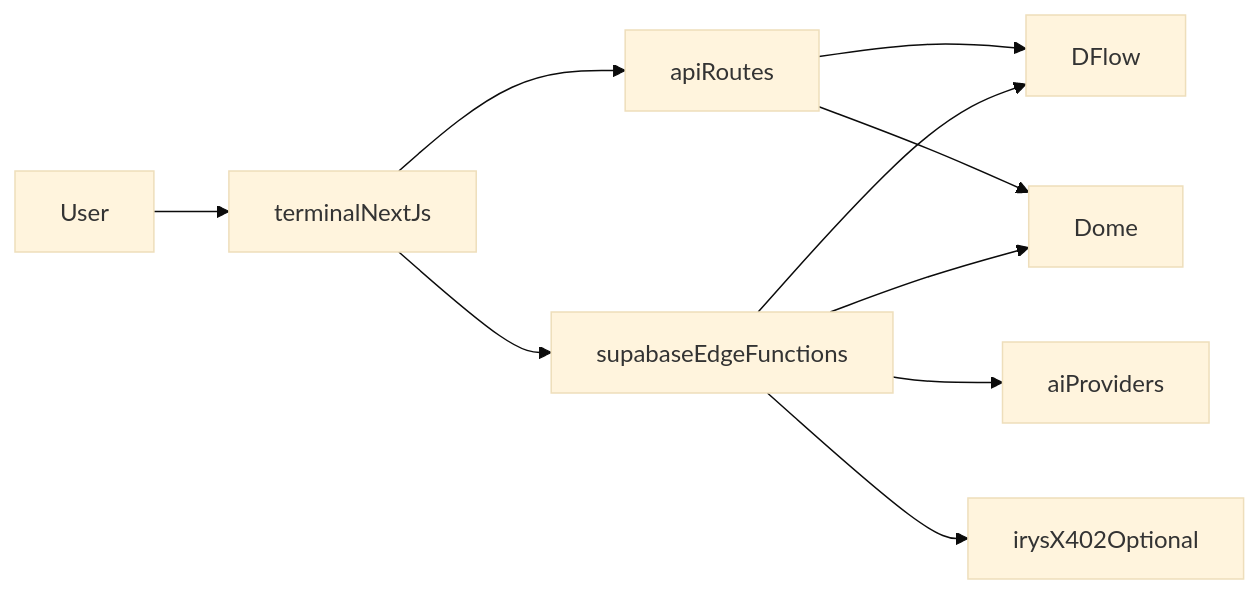
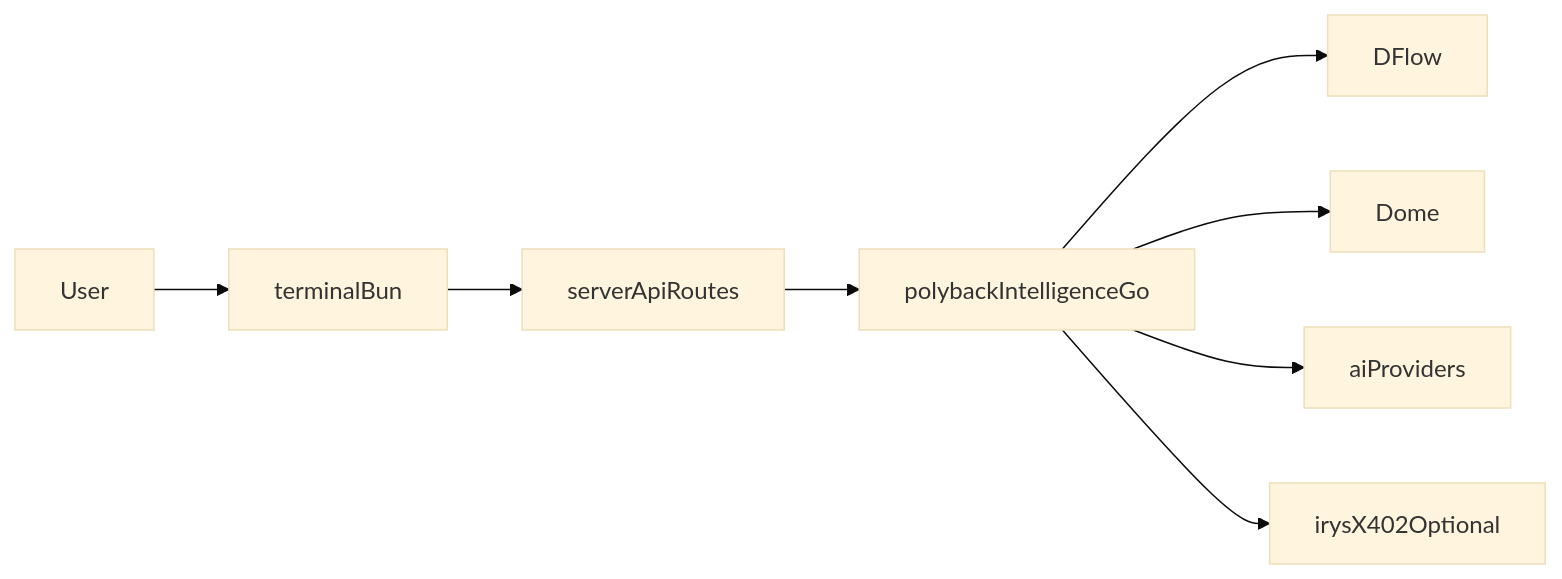
Before and after one commit to morpheumstreet/PredictOS: the diagram in docs/features/README.md, drawn with Mermaid (base theme). The commit also changed other lines of this file and 97 other files, not shown here.

First line of the commit message:
feat: Transition to Polyback Intelligence and update project structure

````diff
--- a/docs/features/README.md
+++ b/docs/features/README.md
@@ -11,21 +11,19 @@
 ```mermaid
 flowchart LR
   userNode[User]
-  termNode[terminalNextJs]
-  routesNode[apiRoutes]
-  edgeNode[supabaseEdgeFunctions]
+  termNode[terminalBun]
+  routesNode[serverApiRoutes]
+  intelNode[polybackIntelligenceGo]
   dflowNode[DFlow]
   domeNode[Dome]
   aiNode[aiProviders]
   optNode[irysX402Optional]
 
   userNode --> termNode
   termNode --> routesNode
-  termNode --> edgeNode
-  routesNode --> dflowNode
-  routesNode --> domeNode
-  edgeNode --> dflowNode
-  edgeNode --> domeNode
-  edgeNode --> aiNode
-  edgeNode --> optNode
+  routesNode --> intelNode
+  intelNode --> dflowNode
+  intelNode --> domeNode
+  intelNode --> aiNode
+  intelNode --> optNode
 ```
````
